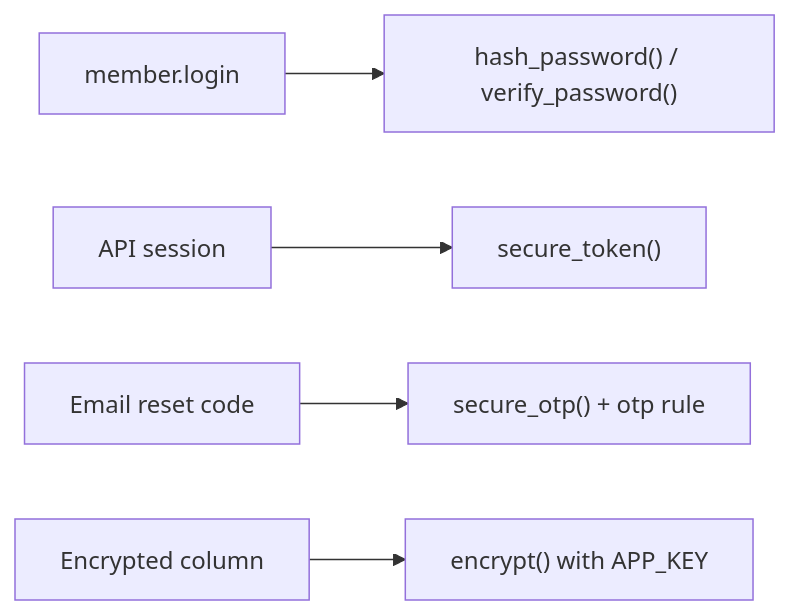
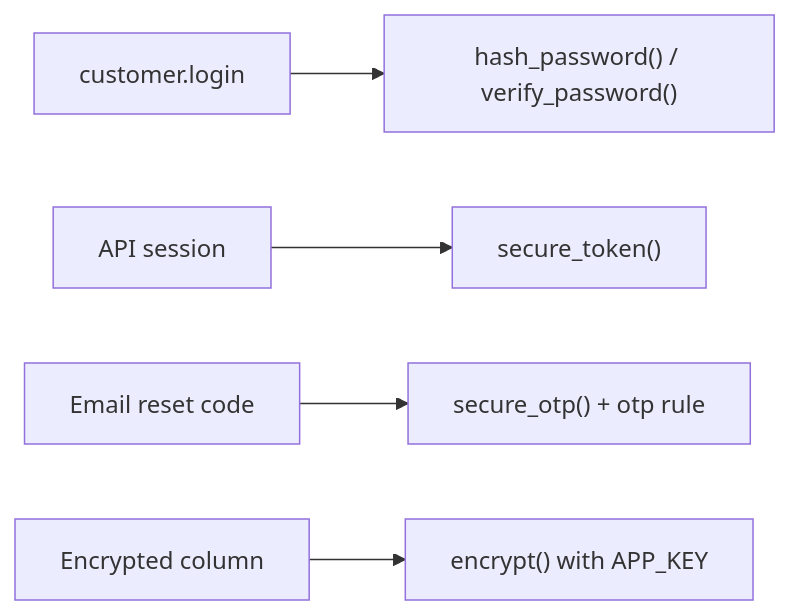
The diagram in content/docs/documentation/security/810_security-utilities.md (PioniaPHP-project/pionia-docs), drawn with Mermaid before and after one commit. The commit also changed other lines of this file and 268 other files, not shown here.

```diff
--- a/content/docs/documentation/security/810_security-utilities.md
+++ b/content/docs/documentation/security/810_security-utilities.md
@@ -41,7 +42,7 @@
 {{< mermaid >}}
 flowchart LR
-  Login["member.login"] --> Hash["hash_password() / verify_password()"]
+  Login["customer.login"] --> Hash["hash_password() / verify_password()"]
   Token["API session"] --> ST["secure_token()"]
   OTP["Email reset code"] --> OTPH["secure_otp() + otp rule"]
   AtRest["Encrypted column"] --> Enc["encrypt() with APP_KEY"]
 {{< /mermaid >}}
```
